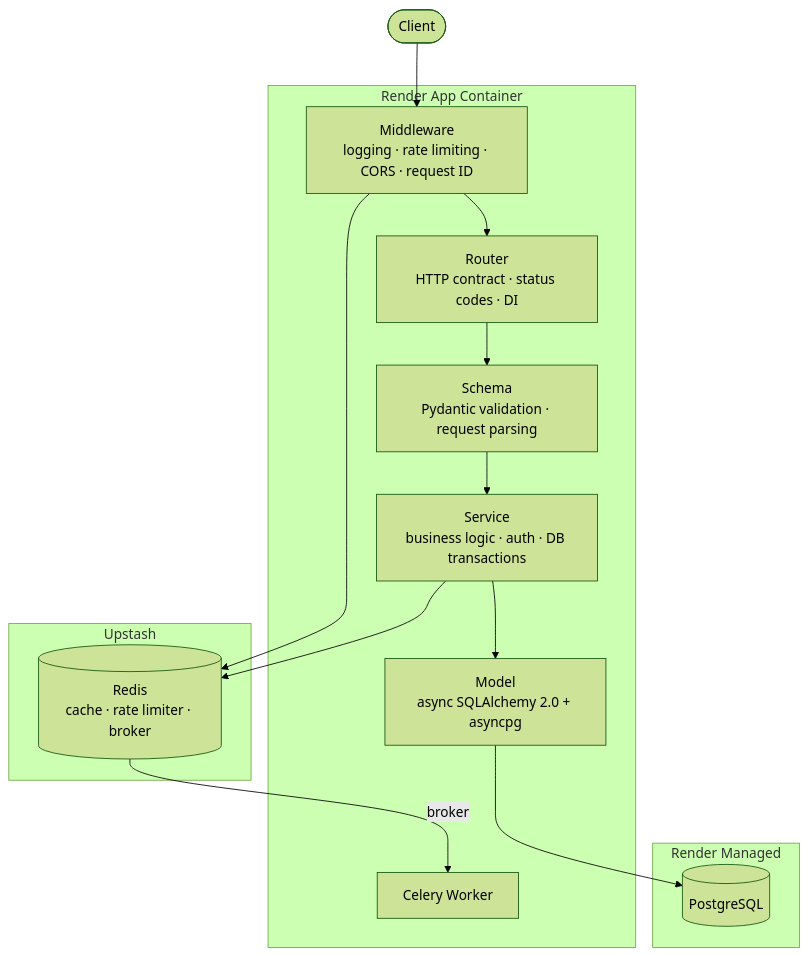
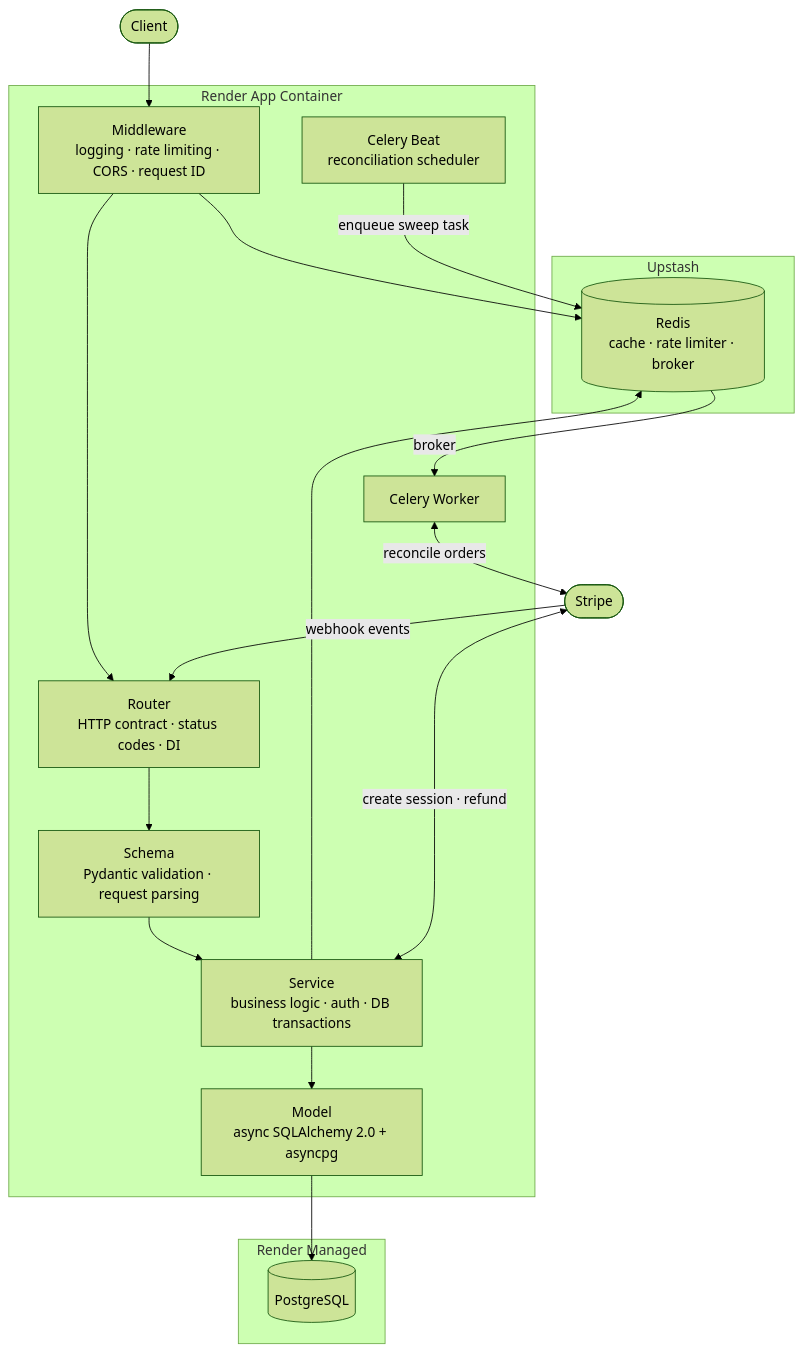
One commit to anasmohamed05221/E-Commerce changed the first of 2 diagrams in README.md. Above: the diagram before and after it, drawn with Mermaid (forest theme). The commit also changed other lines of this file, not shown here.

````diff
--- a/README.md
+++ b/README.md
@@ -88,27 +91,33 @@
 ```mermaid
 flowchart TD
     Client([Client])
+    Stripe([Stripe])
 
     subgraph Render App Container
         MW[Middleware\nlogging · rate limiting · CORS · request ID]
         Router[Router\nHTTP contract · status codes · DI]
         Schema[Schema\nPydantic validation · request parsing]
         Service[Service\nbusiness logic · auth · DB transactions]
         Model[Model\nasync SQLAlchemy 2.0 + asyncpg]
         Worker[Celery Worker]
+        Beat[Celery Beat\nreconciliation scheduler]
     end
 
     subgraph Render Managed
         PG[(PostgreSQL)]
     end
 
     subgraph Upstash
         Redis[(Redis\ncache · rate limiter · broker)]
     end
 
     Client --> MW
     MW --> Redis
     MW --> Router --> Schema --> Service --> Model --> PG
     Service --> Redis
+    Service <-->|create session · refund| Stripe
+    Stripe -->|webhook events| Router
     Redis -->|broker| Worker
+    Beat -->|enqueue sweep task| Redis
+    Worker <-->|reconcile orders| Stripe
 ```
````
